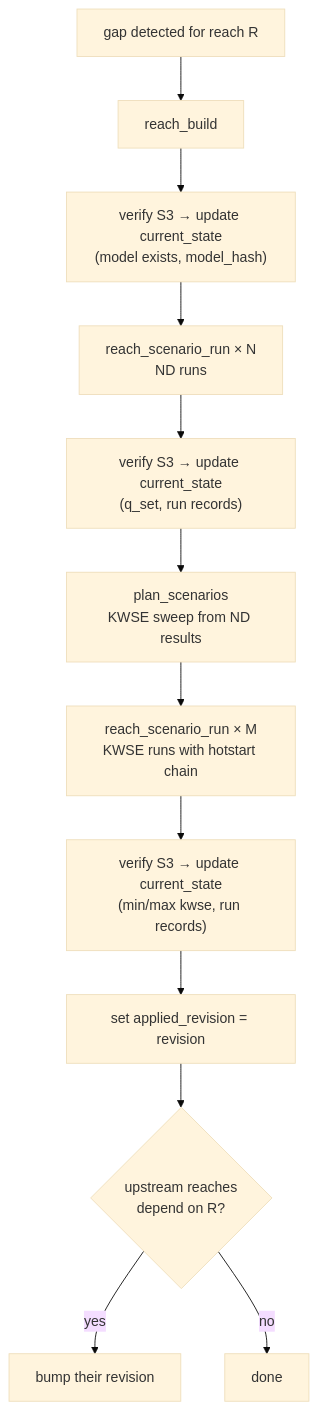
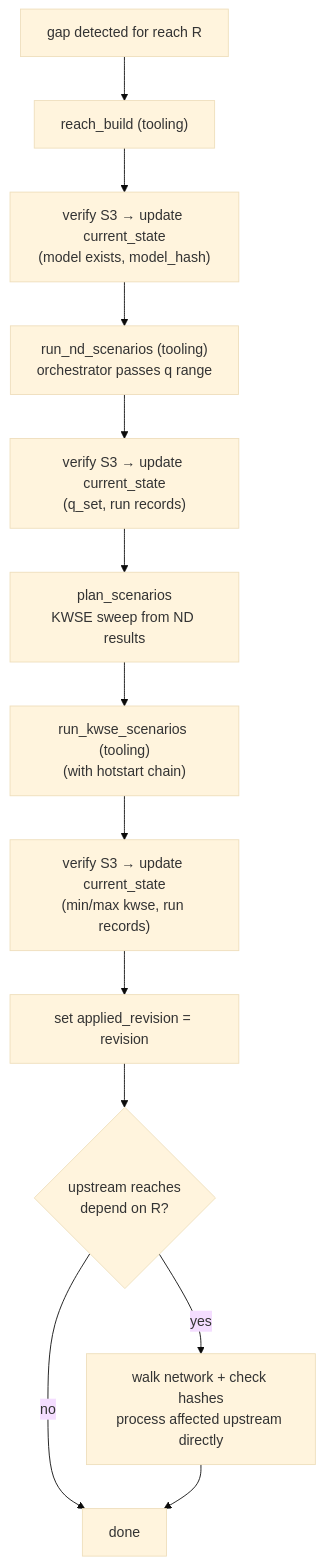
The first of 4 diagrams in system-design/orchestrator-design.md (NOAA-OWP/twod-fim-knowledge-base), drawn with Mermaid (base theme) before and after one commit. The commit also changed other lines of this file and 1 other file, not shown here.

First line of the commit message:
Add trigger tables, flow diagrams, update propagation and reach processing (#58)

````diff
--- a/system-design/orchestrator-design.md
+++ b/system-design/orchestrator-design.md
@@ -74,14 +7,15 @@
 ```mermaid
 flowchart TD
-    Gap["gap detected for reach R"] --> Build["reach_build"]
+    Gap["gap detected for reach R"] --> Build["reach_build (tooling)"]
     Build --> UpBuild["verify S3 → update current_state<br/>(model exists, model_hash)"]
-    UpBuild --> ND["reach_scenario_run × N<br/>ND runs"]
+    UpBuild --> ND["run_nd_scenarios (tooling)<br/>orchestrator passes q range"]
     ND --> UpND["verify S3 → update current_state<br/>(q_set, run records)"]
     UpND --> Plan["plan_scenarios<br/>KWSE sweep from ND results"]
-    Plan --> KWSE["reach_scenario_run × M<br/>KWSE runs with hotstart chain"]
+    Plan --> KWSE["run_kwse_scenarios (tooling)<br/>(with hotstart chain)"]
     KWSE --> UpKWSE["verify S3 → update current_state<br/>(min/max kwse, run records)"]
     UpKWSE --> Done["set applied_revision = revision"]
     Done --> Prop{"upstream reaches<br/>depend on R?"}
-    Prop -- "yes" --> Bump["bump their revision"]
+    Prop -- "yes" --> Cascade["walk network + check hashes<br/>process affected upstream directly"]
     Prop -- "no" --> Wait["done"]
+    Cascade --> Wait
 ```
````
